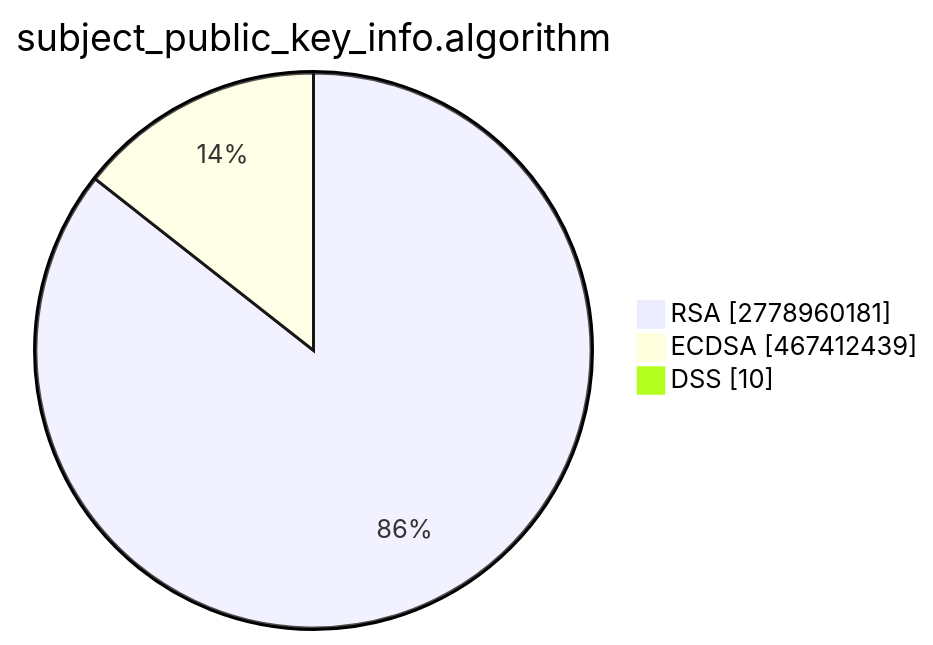
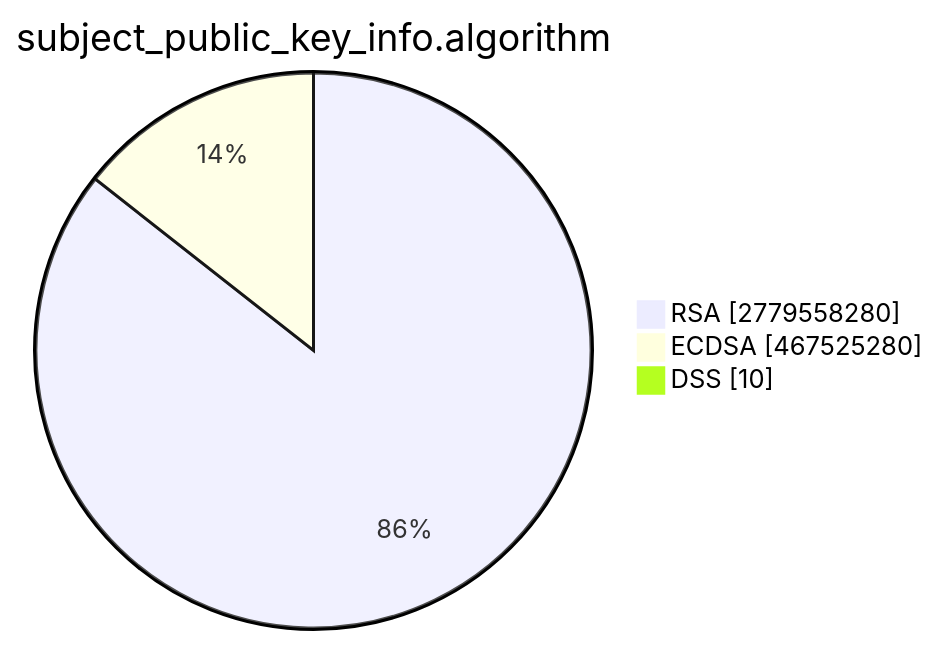
Before and after one commit to christiankrug/ctmonitor_visualization: the second of 15 diagrams in TOTAL/README.md, drawn with Mermaid. The commit also changed other lines of this file, not shown here.

````diff
--- a/TOTAL/README.md
+++ b/TOTAL/README.md
@@ -6,7 +6,7 @@
 ```mermaid
 pie showData
 title subject_public_key_info.algorithm
-"RSA" :2778960181
-"ECDSA" :467412439
+"RSA" :2779558280
+"ECDSA" :467525280
 "DSS" :10
 ```
````
